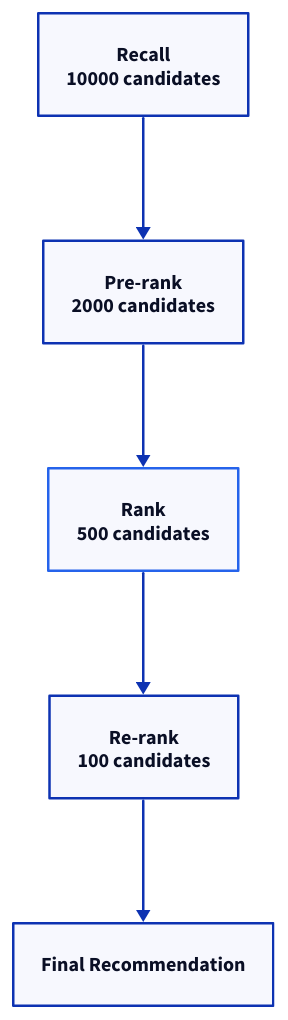
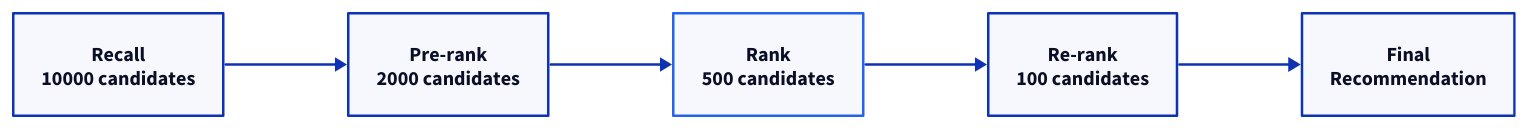
Before and after one commit to 111qqz/111qqz.github.io: the diagram in images/adaptive-load-control/recommendation-pipeline.d2, drawn with D2. The commit also changed 4047 other files, not shown here.

First line of the commit message:
fix: 修复 D2 配图比例问题——放宽 CSS max-height 并重排 24 个极端纵横比图表

```diff
--- a/images/adaptive-load-control/recommendation-pipeline.d2
+++ b/images/adaptive-load-control/recommendation-pipeline.d2
@@ -1,12 +1,12 @@
-direction: down
+direction: right
 
-Recall: Recall\n10000 candidates
-Pre-rank: Pre-rank\n2000 candidates
-Rank: Rank\n500 candidates {
+Recall: "Recall\n10000 candidates"
+PreRank: "Pre-rank\n2000 candidates"
+Rank: "Rank\n500 candidates" {
   style.stroke: "#2563eb"
   style.bold: true
 }
-Re-rank: Re-rank\n100 candidates
-Result: Final Recommendation
+ReRank: "Re-rank\n100 candidates"
+Result: "Final\nRecommendation"
 
-Recall -> Pre-rank -> Rank -> Re-rank -> Result
+Recall -> PreRank -> Rank -> ReRank -> Result
```
